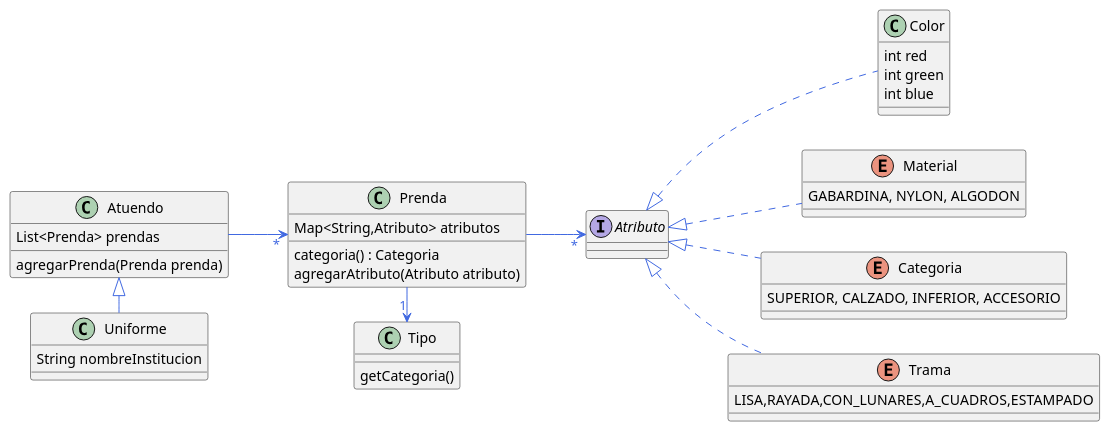
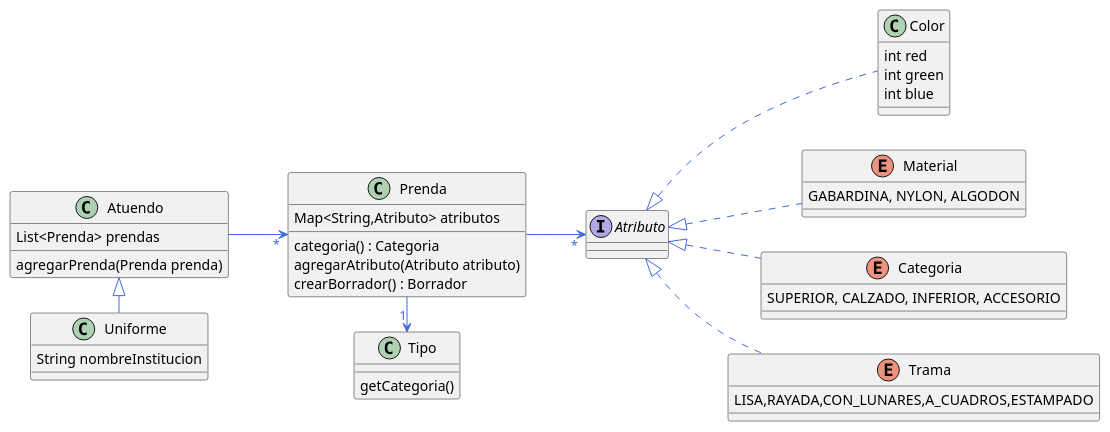
One commit to mecsafonso/QueMePongo2 changed the diagram in Diagrama de Clases.puml. Above: the diagram before and after it, drawn with PlantUML. The commit also changed 2 other files, not shown here.

```diff
--- a/Diagrama de Clases.puml
+++ b/Diagrama de Clases.puml
@@ -1,57 +1,58 @@
 @startuml
 left to right direction
 skinparam backgroundColor transparent
 skinparam arrowFontColor royalblue
 skinparam arrowColor royalblue
 'https://plantuml.com/class-diagram
 
 class Prenda{
 Map<String,Atributo> atributos
 categoria() : Categoria
 agregarAtributo(Atributo atributo)
+crearBorrador() : Borrador
 }
 class Tipo{
 getCategoria()
 }
 class Color{
 int red
 int green
 int blue
 }
 
 enum Material{
 GABARDINA, NYLON, ALGODON
 }
 enum Categoria{
 SUPERIOR, CALZADO, INFERIOR, ACCESORIO
 }
 enum Trama{
 LISA,RAYADA,CON_LUNARES,A_CUADROS,ESTAMPADO
 }
 
 interface Atributo{
 }
 
 Prenda --right> "1" Tipo
 Prenda --> "*" Atributo
 
 Material ..up|> Atributo
 Categoria ..up|> Atributo
 Trama ..up|> Atributo
 Color ..up|> Atributo
 
 class Atuendo{
 List<Prenda> prendas
  agregarPrenda(Prenda prenda)
 }
 
 Atuendo --> "*" Prenda
 
 class Uniforme{
 String nombreInstitucion
 
 }
 
 Uniforme --left|> Atuendo
 
 @enduml
```
